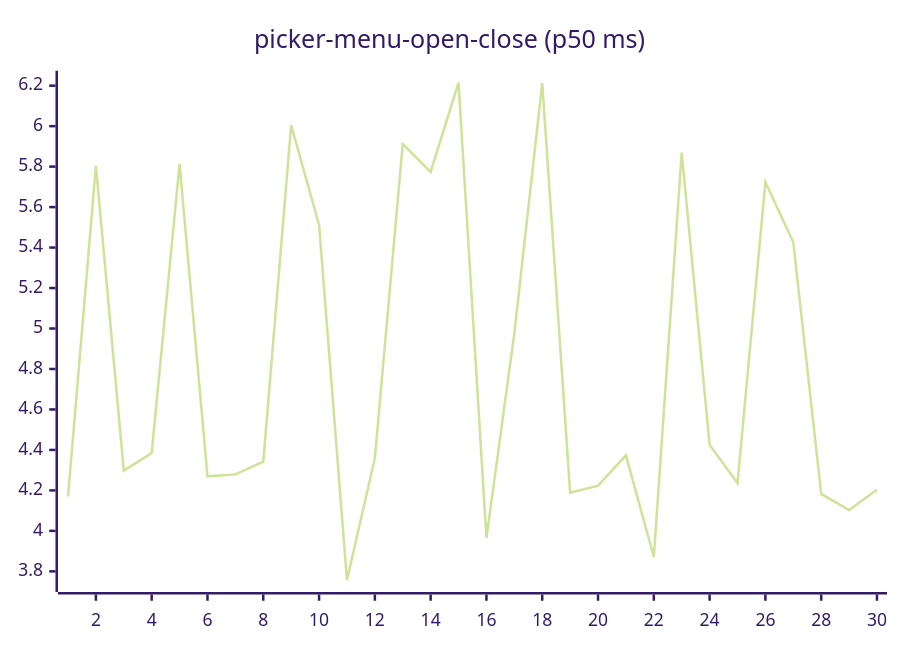
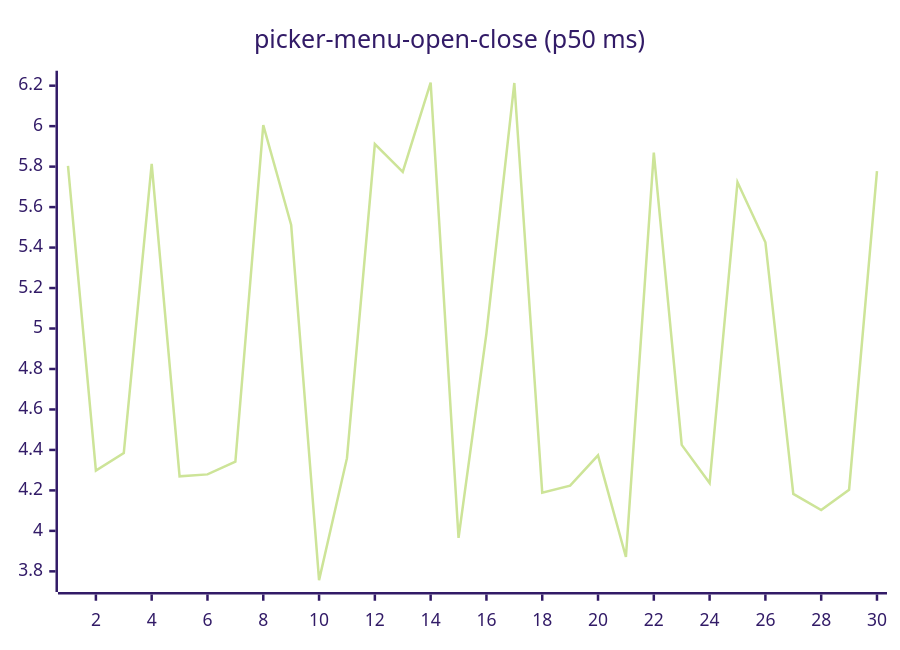
One commit to josha/Facet changed diagram 16 of 27 in README.md. Above: the diagram before and after it, drawn with Mermaid (forest theme). The commit also changed other lines of this file and 2 other files, not shown here.

````diff
--- a/README.md
+++ b/README.md
@@ -168,6 +168,6 @@
 ```mermaid
 xychart-beta
     title "picker-menu-open-close (p50 ms)"
     x-axis 1 --> 30
-    line [4.1698, 5.8037, 4.2981, 4.3851, 5.8139, 4.2694, 4.2792, 4.3416, 6.0052, 5.5122, 3.7566, 4.3593, 5.9114, 5.7740, 6.2151, 3.9652, 4.9760, 6.2132, 4.1891, 4.2236, 4.3733, 3.8708, 5.8694, 4.4248, 4.2362, 5.7230, 5.4264, 4.1828, 4.1028, 4.2034]
+    line [5.8037, 4.2981, 4.3851, 5.8139, 4.2694, 4.2792, 4.3416, 6.0052, 5.5122, 3.7566, 4.3593, 5.9114, 5.7740, 6.2151, 3.9652, 4.9760, 6.2132, 4.1891, 4.2236, 4.3733, 3.8708, 5.8694, 4.4248, 4.2362, 5.7230, 5.4264, 4.1828, 4.1028, 4.2034, 5.7775]
 ```
````
